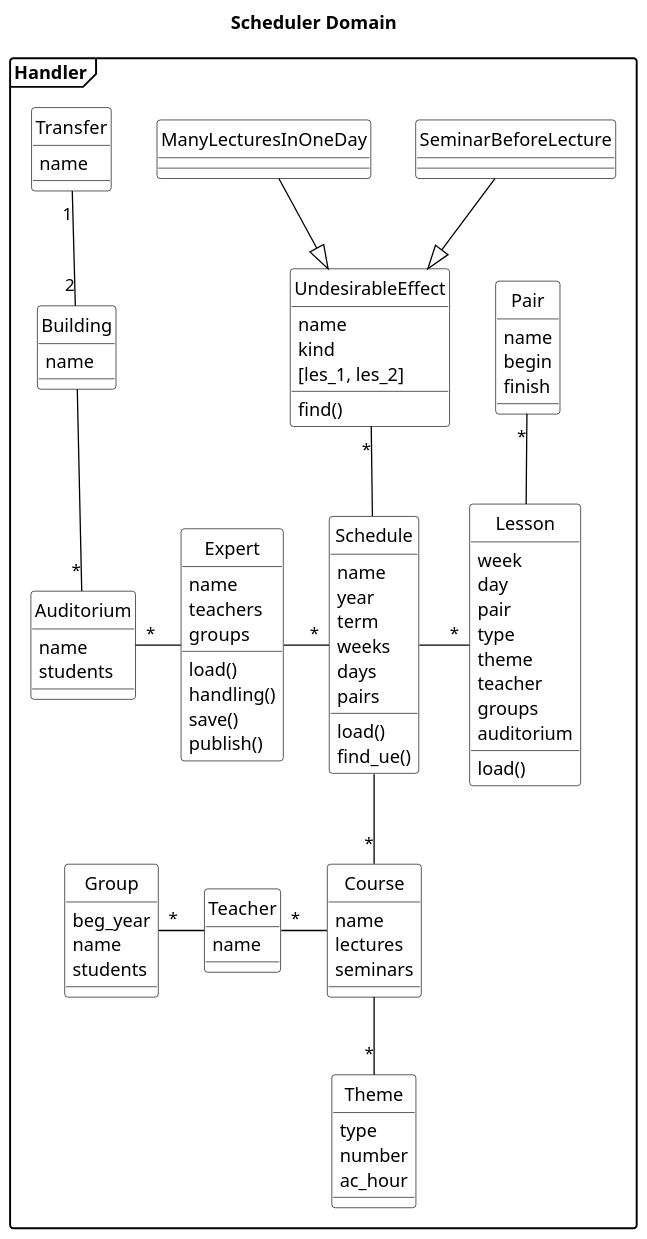
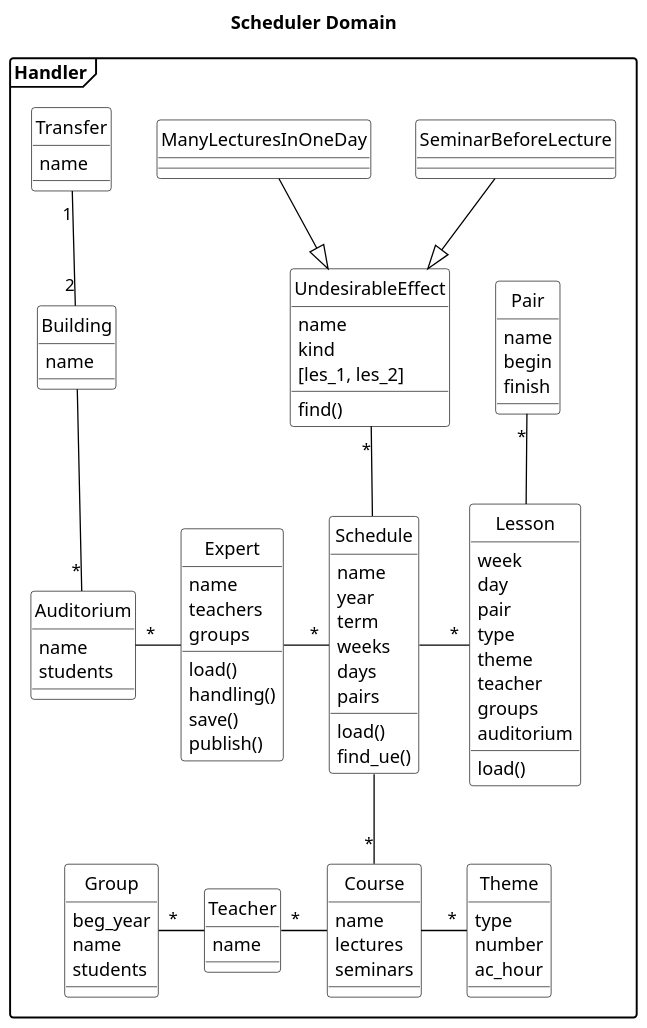
One commit to AlexFatkin/UniversityScheduleController changed the diagram in UML/Scheduler_classes_15.puml. Above: the diagram before and after it, drawn with PlantUML.

Commit message:
Refactor UML/Scheduler_classes_15.puml

```diff
--- a/UML/Scheduler_classes_15.puml
+++ b/UML/Scheduler_classes_15.puml
@@ -2,119 +2,119 @@
 @startuml
 title Scheduler Domain
 skinparam class {
 BackgroundColor White
 ArrowColor Black
 BorderColor Black
 }
 skinparam object {
 BackgroundColor White
 ArrowColor Black
 BorderColor Black
 }
 hide circle
 'hide members
 scale 1.3
 skinparam DefaultTextAlignment left
 skinparam shadowing false
 'skinparam monochrome true
 skinparam packageStyle frame
 
 package Handler {
 
 class UndesirableEffect{
 name
 kind
 [les_1, les_2]
 find()
 }
 class SeminarBeforeLecture{
 }
 class ManyLecturesInOneDay{
 }
 class Expert{
 name
 teachers
 groups
 load()
 handling()
 save()
 publish()
 }
 class Schedule{
 name
 year
 term
 weeks
 days
 pairs
 load()
 find_ue()
 }
 class Lesson{
 week
 day
 pair
 type
 theme
 teacher
 groups
 auditorium
 load()
 }
 class Teacher{
 name
 'e-mail
 }
 class Course{
 name
 lectures
 seminars
 'workload
 }
 class Pair {
 name
 begin
 finish
 '}
 'class Student{
 'id
 'e-mail
 }
 class Group{
 beg_year
 name
 students
 'students
 }
 class Transfer {
 name
 }
 class Building {
 name
 }
 class Auditorium {
 name
 students
 'address
 }
 class Theme{
 type
 number
 ac_hour
 }
 
 Expert -"*" Schedule
 Schedule -"*" Lesson
 UndesirableEffect "*"--Schedule
 SeminarBeforeLecture --|> UndesirableEffect
 ManyLecturesInOneDay --|> UndesirableEffect
 Schedule --"*" Course
 Group "*"-Teacher
 Pair "*"-- Lesson
-Course --"*" Theme
+Course -"*" Theme
 Auditorium "*"- Expert
 Teacher "*"- Course
 Transfer "1"--"2" Building
 Building --"*" Auditorium
 'Group -"*" Student
 @enduml
```
